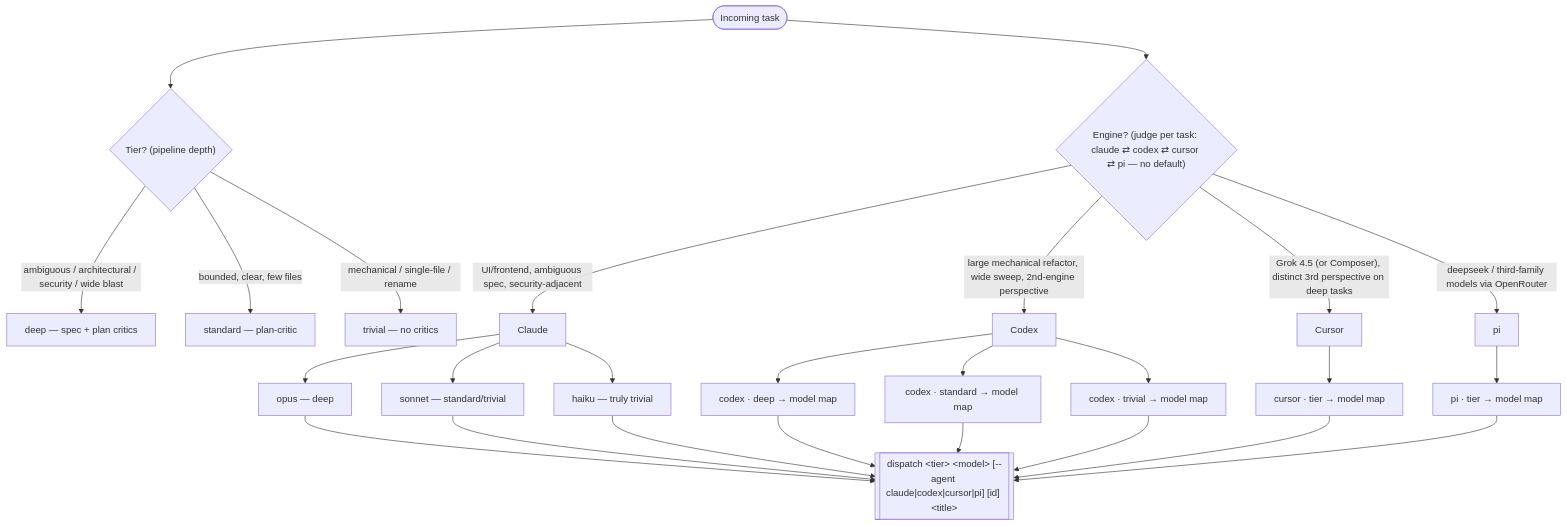
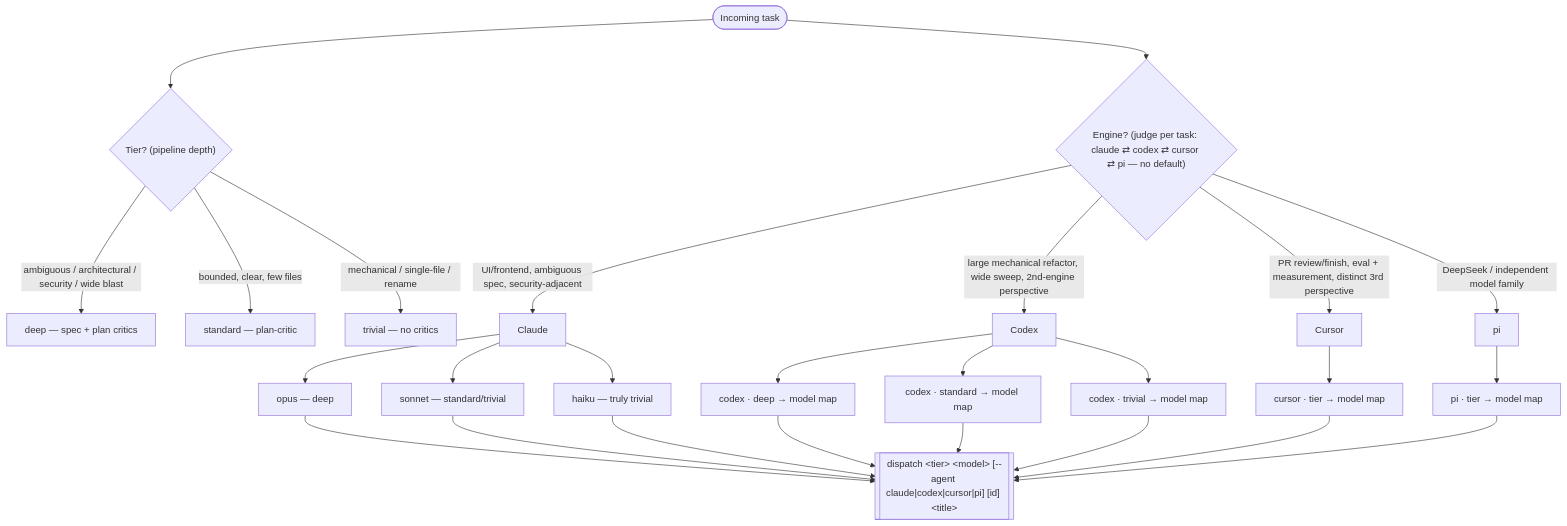
One commit to noamsto/dispatcher changed the diagram in adapters/codex/plugin/protocols/dispatch-orchestration.md. Above: the diagram before and after it, drawn with Mermaid. The commit also changed other lines of this file and 172 other files, not shown here.

````diff
--- a/adapters/codex/plugin/protocols/dispatch-orchestration.md
+++ b/adapters/codex/plugin/protocols/dispatch-orchestration.md
@@ -5,32 +5,32 @@
 ```mermaid
 flowchart TD
     T(["Incoming task"]) --> TIER{"Tier? (pipeline depth)"}
     T --> ENG{"Engine? (judge per task: claude ⇄ codex ⇄ cursor ⇄ pi — no default)"}
 
     TIER -->|"ambiguous / architectural / security / wide blast"| DEEP["deep — spec + plan critics"]
     TIER -->|"bounded, clear, few files"| STD["standard — plan-critic"]
     TIER -->|"mechanical / single-file / rename"| TRIV["trivial — no critics"]
 
     ENG -->|"large mechanical refactor, wide sweep, 2nd-engine perspective"| CODEX["Codex"]
     ENG -->|"UI/frontend, ambiguous spec, security-adjacent"| CLAUDE["Claude"]
-    ENG -->|"Grok 4.5 (or Composer), distinct 3rd perspective on deep tasks"| CURSOR["Cursor"]
-    ENG -->|"deepseek / third-family models via OpenRouter"| PI["pi"]
+    ENG -->|"PR review/finish, eval + measurement, distinct 3rd perspective"| CURSOR["Cursor"]
+    ENG -->|"DeepSeek / independent model family"| PI["pi"]
 
     CLAUDE --> OPUS["opus — deep"]
     CLAUDE --> SONNET["sonnet — standard/trivial"]
     CLAUDE --> HAIKU["haiku — truly trivial"]
     CODEX --> GH["codex · deep → model map"]
     CODEX --> GM["codex · standard → model map"]
     CODEX --> GL["codex · trivial → model map"]
     CURSOR --> CU["cursor · tier → model map"]
-    PI --> PI_M["pi · tier → model map"]
+    PI --> PM["pi · tier → model map"]
 
     OPUS --> D[["dispatch &lt;tier&gt; &lt;model&gt; [--agent claude|codex|cursor|pi] [id] &lt;title&gt;"]]
     SONNET --> D
     HAIKU --> D
     GH --> D
     GM --> D
     GL --> D
     CU --> D
-    PI_M --> D
+    PM --> D
 ```
````
